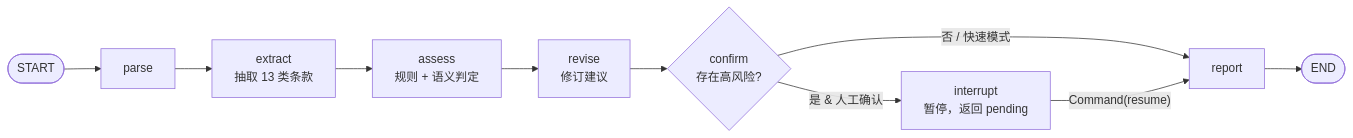
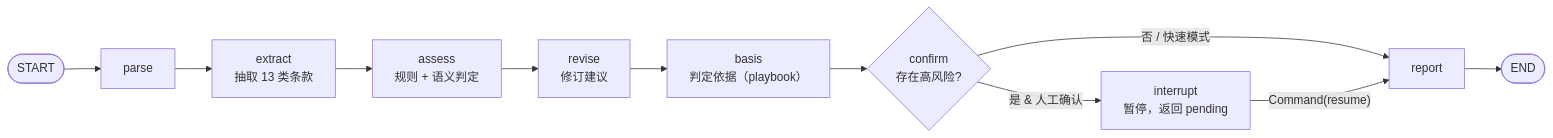
Before and after one commit to Chenchengg77/contract-review-agent: the sixth of 6 diagrams in docs/architecture.md, drawn with Mermaid. The commit also changed 9 other files, not shown here.

First line of the commit message:
feat: 判定依据（playbook 三层规则 + 可选法条），覆盖 13/13 类

````diff
--- a/docs/architecture.md
+++ b/docs/architecture.md
@@ -181,12 +181,13 @@
 ```mermaid
 flowchart LR
     S([START]) --> P["parse"]
     P --> E["extract<br/>抽取 13 类条款"]
     E --> A["assess<br/>规则 + 语义判定"]
     A --> RV["revise<br/>修订建议"]
-    RV --> C{"confirm<br/>存在高风险?"}
+    RV --> BA["basis<br/>判定依据（playbook）"]
+    BA --> C{"confirm<br/>存在高风险?"}
     C -- "否 / 快速模式" --> R["report"]
     C -- "是 & 人工确认" --> I["interrupt<br/>暂停，返回 pending"]
     I -- "Command(resume)" --> R
     R --> EN([END])
 ```
````
